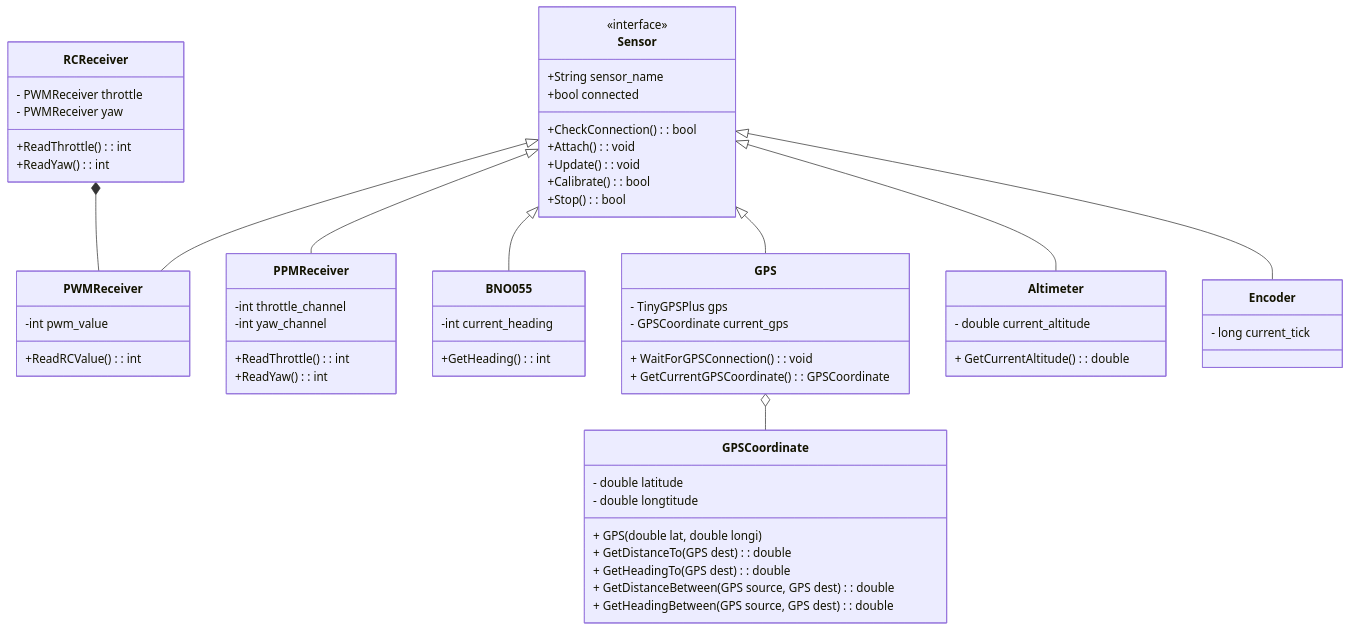
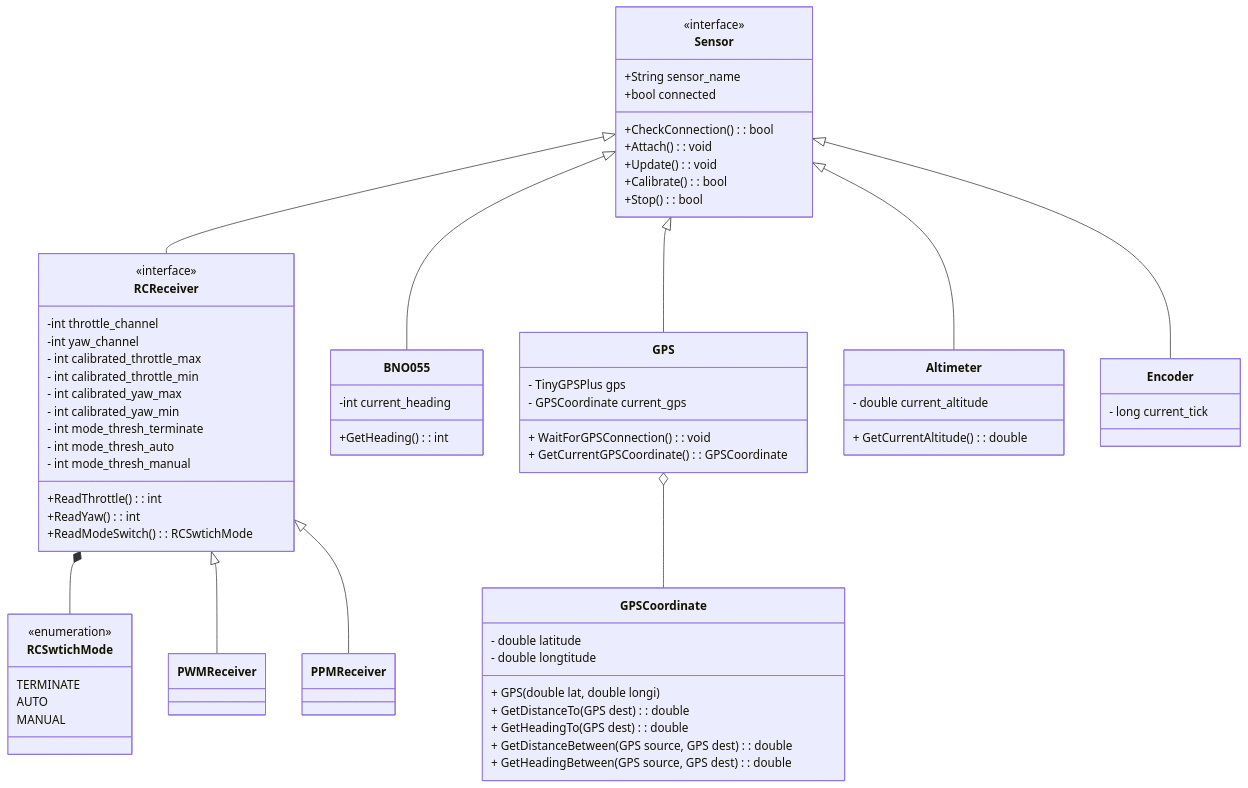
One commit to ubcuas/Airdrop-Software-2022 changed the first of 3 diagrams in docs/DESIGN.md. Above: the diagram before and after it, drawn with Mermaid. The commit also changed other lines of this file, not shown here.

````diff
--- a/docs/DESIGN.md
+++ b/docs/DESIGN.md
@@ -26,78 +26,84 @@
 ```mermaid
 classDiagram
 
 
 class Sensor {
  <<interface>>
  +String sensor_name
  +bool connected
  +CheckConnection(): bool
  +Attach(): void
  +Update(): void
  +Calibrate(): bool
  +Stop(): bool
 }
 
-
-RCReceiver *-- PWMReceiver
-class RCReceiver {
-  - PWMReceiver throttle
-  - PWMReceiver yaw
-  +ReadThrottle(): int
-  +ReadYaw(): int
+Sensor <|-- RCReceiver
+RCReceiver *-- RCSwtichMode
+class RCReceiver{
+ <<interface>>
+-int throttle_channel
+-int yaw_channel
+- int calibrated_throttle_max
+- int calibrated_throttle_min
+- int calibrated_yaw_max
+- int calibrated_yaw_min
+- int mode_thresh_terminate
+- int mode_thresh_auto
+- int mode_thresh_manual
++ReadThrottle(): int
++ReadYaw(): int
++ReadModeSwitch(): RCSwtichMode
 }
 
-Sensor <|-- PWMReceiver
-class PWMReceiver {
-  -int pwm_value
-  +ReadRCValue(): int
+class RCSwtichMode{
+  <<enumeration>>
+  TERMINATE
+  AUTO
+  MANUAL
 }
 
-Sensor <|-- PPMReceiver
-class PPMReceiver {
-  -int throttle_channel
-  -int yaw_channel
-  +ReadThrottle(): int
-  +ReadYaw(): int
-}
+RCReceiver <|-- PWMReceiver
+
+RCReceiver <|-- PPMReceiver
 
 Sensor <|-- BNO055
 class BNO055 {
   -int current_heading
   +GetHeading(): int
 }
 
 
 Sensor <|-- GPS
 class GPS {
   - TinyGPSPlus gps
   - GPSCoordinate current_gps
   + WaitForGPSConnection(): void
   + GetCurrentGPSCoordinate(): GPSCoordinate
 }
 
 GPS o-- GPSCoordinate
 class GPSCoordinate {
   - double latitude
   - double longtitude
   + GPS(double lat, double longi)
   + GetDistanceTo(GPS dest): double
   + GetHeadingTo(GPS dest): double
   + GetDistanceBetween(GPS source, GPS dest): double
   + GetHeadingBetween(GPS source, GPS dest): double
 }
 
 
 Sensor <|-- Altimeter
 class Altimeter {
   - double current_altitude
   + GetCurrentAltitude(): double
 }
 
 Sensor <|-- Encoder
 class Encoder {
   - long current_tick
 }
 
 
 ```
````
